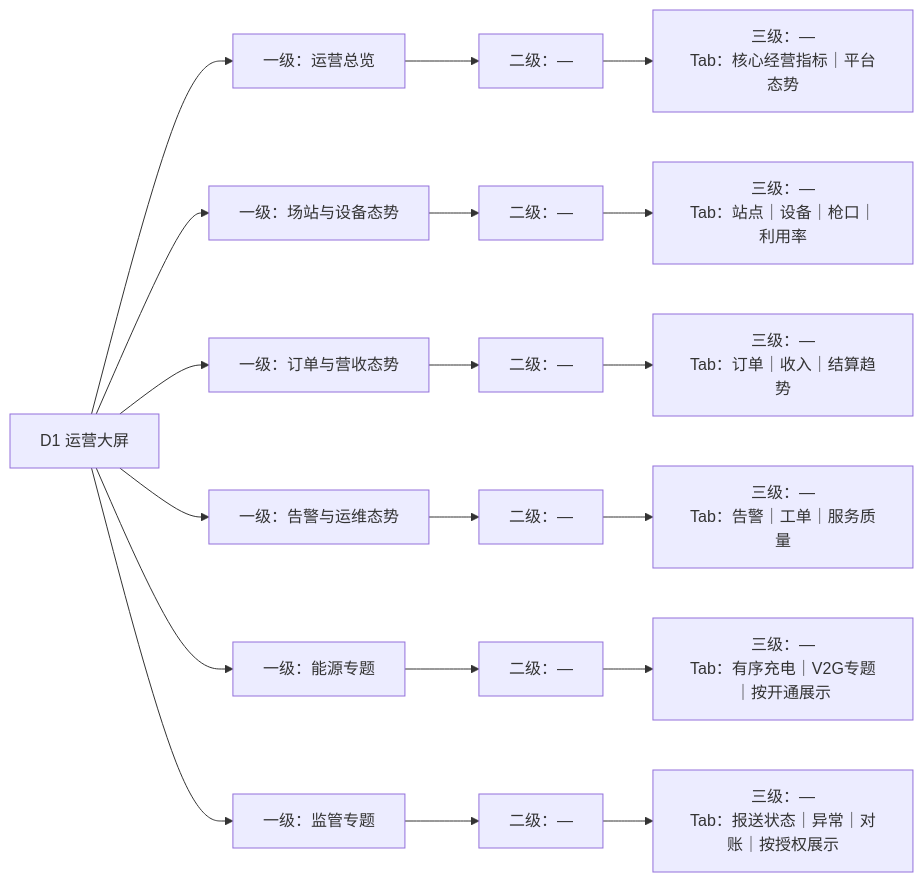
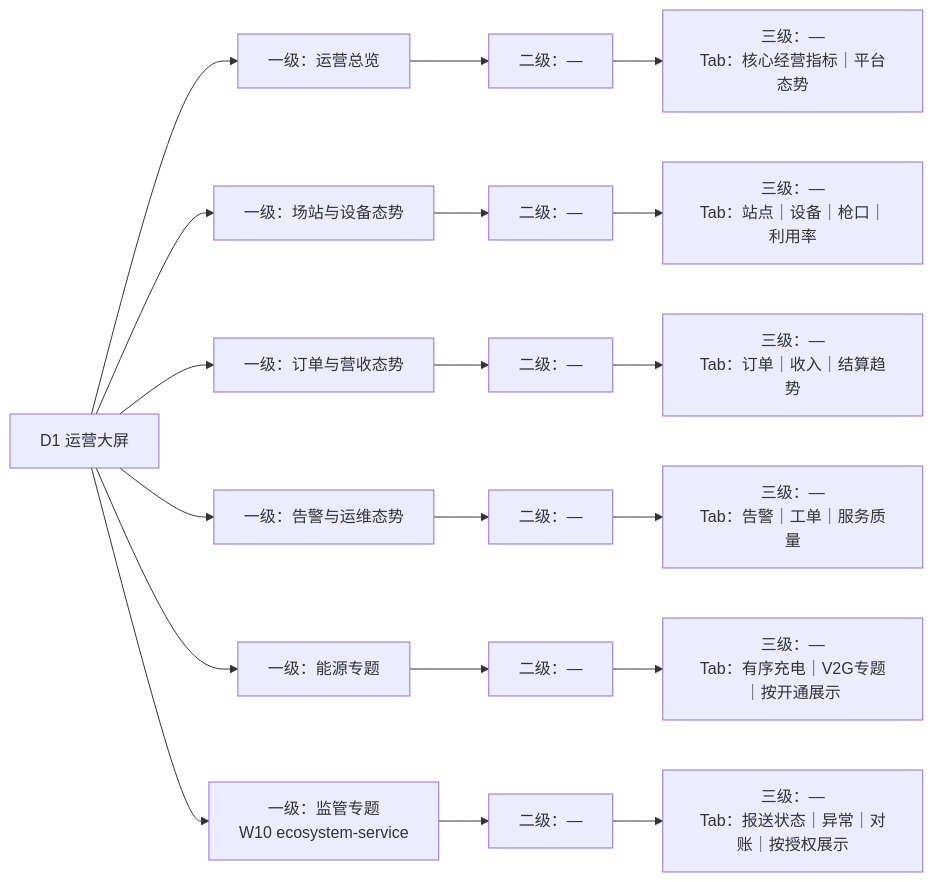
One commit to chenbinglei/charge-ai changed diagram 17 of 17 in ev-charging-operations/docs/requirements/七应用菜单目录架构图-v4.1.md. Above: the diagram before and after it, drawn with Mermaid. The commit also changed other lines of this file and 88 other files, not shown here.

````diff
--- a/ev-charging-operations/docs/requirements/七应用菜单目录架构图-v4.1.md
+++ b/ev-charging-operations/docs/requirements/七应用菜单目录架构图-v4.1.md
@@ -325,22 +325,22 @@
 ```mermaid
 flowchart LR
     D1["D1 运营大屏"]
     D1 --> A["一级：运营总览"]
     A --> A1["二级：—"]
     A1 --> A11["三级：—\nTab：核心经营指标｜平台态势"]
     D1 --> B["一级：场站与设备态势"]
     B --> B1["二级：—"]
     B1 --> B11["三级：—\nTab：站点｜设备｜枪口｜利用率"]
     D1 --> C["一级：订单与营收态势"]
     C --> C1["二级：—"]
     C1 --> C11["三级：—\nTab：订单｜收入｜结算趋势"]
     D1 --> D["一级：告警与运维态势"]
     D --> D2["二级：—"]
     D2 --> D21["三级：—\nTab：告警｜工单｜服务质量"]
     D1 --> E["一级：能源专题"]
     E --> E1["二级：—"]
     E1 --> E11["三级：—\nTab：有序充电｜V2G专题｜按开通展示"]
-    D1 --> F["一级：监管专题"]
+    D1 --> F["一级：监管专题\nW10 ecosystem-service"]
     F --> F1["二级：—"]
     F1 --> F11["三级：—\nTab：报送状态｜异常｜对账｜按授权展示"]
 ```
````
